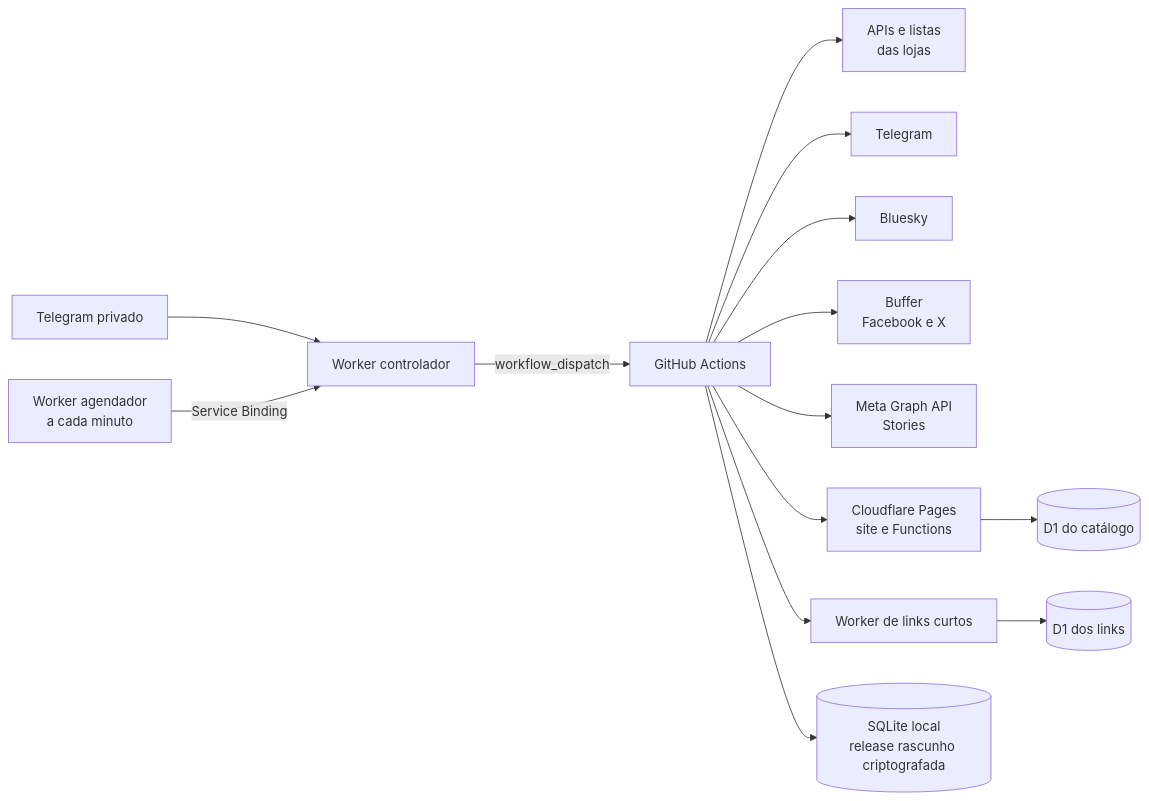
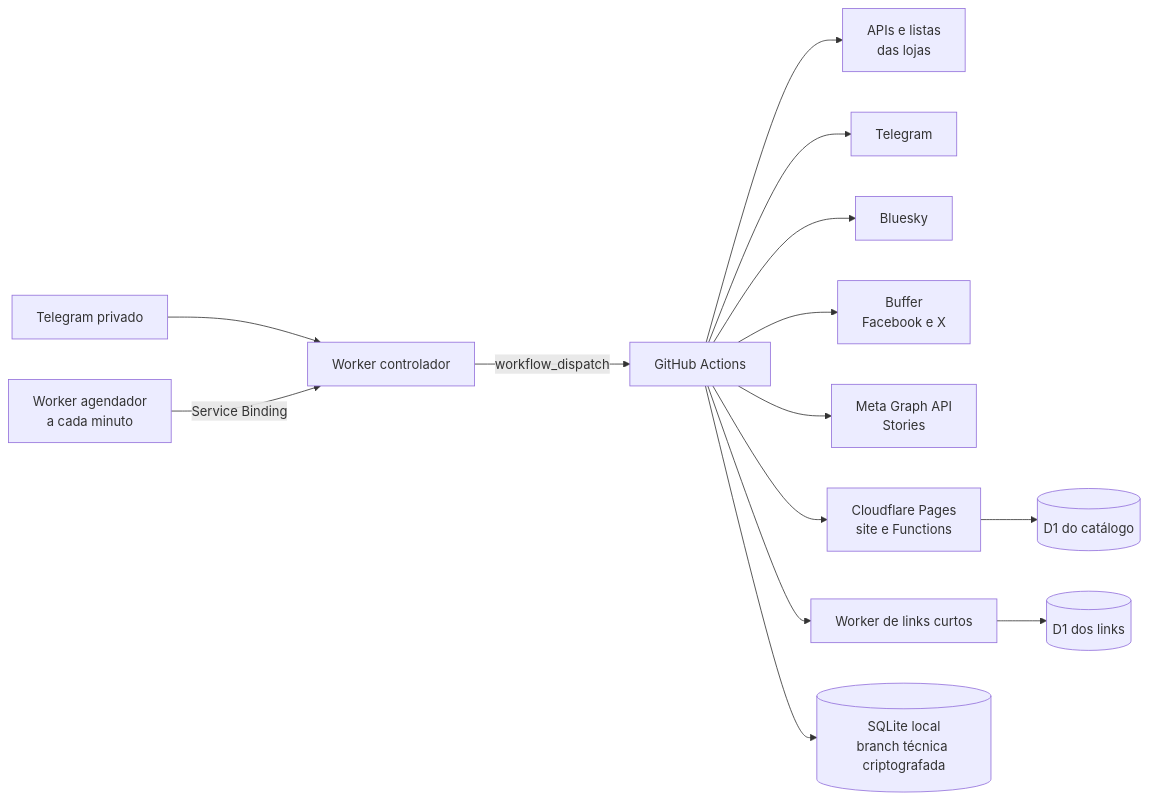
One commit to mrson93/bot-tl-01 changed the diagram in CONTEXTO-DO-PROJETO.md. Above: the diagram before and after it, drawn with Mermaid. The commit also changed other lines of this file and 12 other files, not shown here.

````diff
--- a/CONTEXTO-DO-PROJETO.md
+++ b/CONTEXTO-DO-PROJETO.md
@@ -78,16 +78,16 @@
 ```mermaid
 flowchart LR
     A[Telegram privado] --> B[Worker controlador]
     S[Worker agendador<br/>a cada minuto] -->|Service Binding| B
     B -->|workflow_dispatch| G[GitHub Actions]
     G --> F[APIs e listas<br/>das lojas]
     G --> T[Telegram]
     G --> K[Bluesky]
     G --> U[Buffer<br/>Facebook e X]
     G --> M[Meta Graph API<br/>Stories]
     G --> P[Cloudflare Pages<br/>site e Functions]
     G --> R[Worker de links curtos]
     P --> D1[(D1 do catálogo)]
     R --> D2[(D1 dos links)]
-    G --> E[(SQLite local<br/>release rascunho criptografada)]
+    G --> E[(SQLite local<br/>branch técnica criptografada)]
 ```
````
